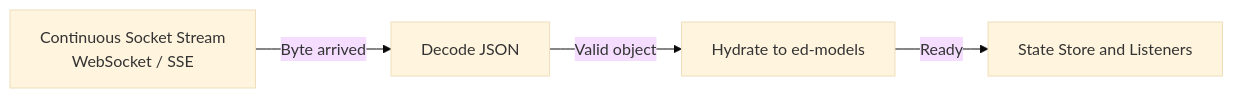
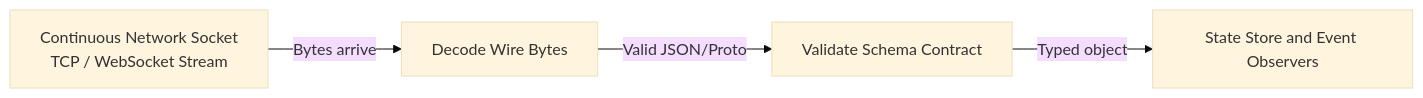
Before and after one commit to mnaatjes/ed-fleet-client: the second of 10 diagrams in architecture/notes/event_driven_telemetry_and_state_fundamentals.md, drawn with Mermaid (base theme). The commit also changed other lines of this file, not shown here.

Commit message:
docs(architecture): rewrite fundamentals primer with domain-agnostic examples

````diff
--- a/architecture/notes/event_driven_telemetry_and_state_fundamentals.md
+++ b/architecture/notes/event_driven_telemetry_and_state_fundamentals.md
@@ -46,6 +46,6 @@
 ```mermaid
 flowchart LR
-    Source["Continuous Socket Stream<br/>WebSocket / SSE"] -->|Byte arrived| Decode["Decode JSON"]
-    Decode -->|Valid object| Transform["Hydrate to ed-models"]
-    Transform -->|Ready| Sink["State Store and Listeners"]
+    Source["Continuous Network Socket<br/>TCP / WebSocket Stream"] -->|Bytes arrive| Decode["Decode Wire Bytes"]
+    Decode -->|Valid JSON/Proto| Validate["Validate Schema Contract"]
+    Validate -->|Typed object| Sink["State Store and Event Observers"]
 ```
````
